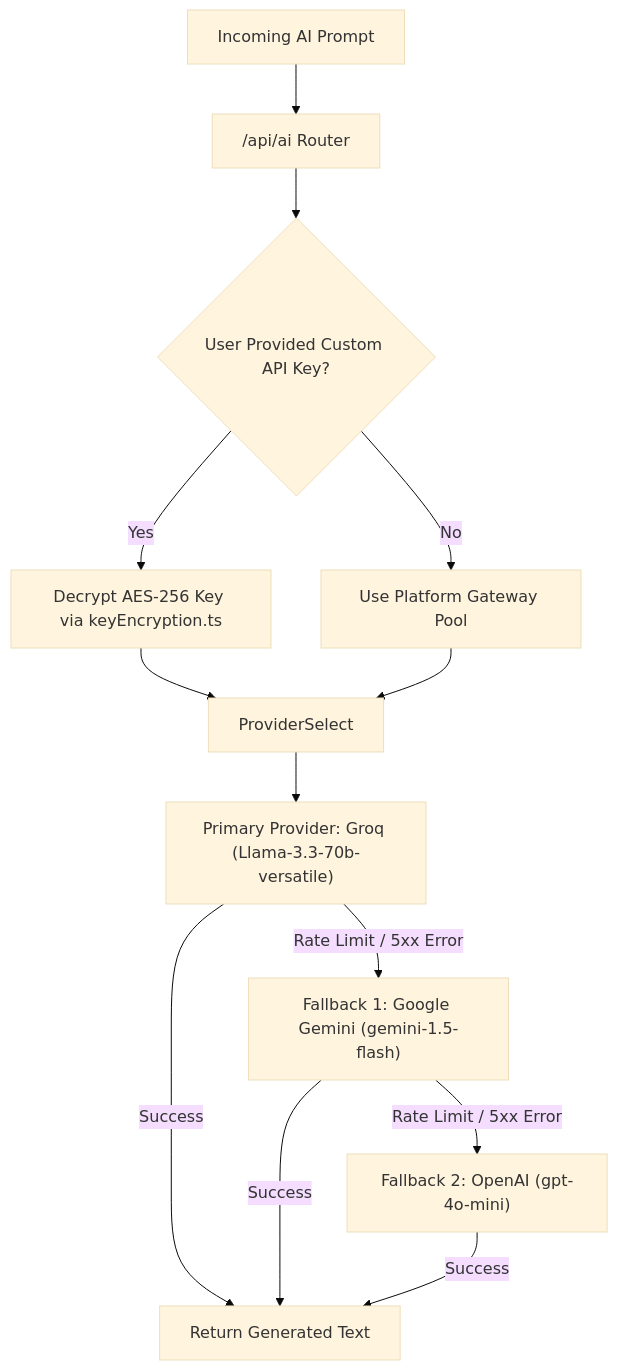
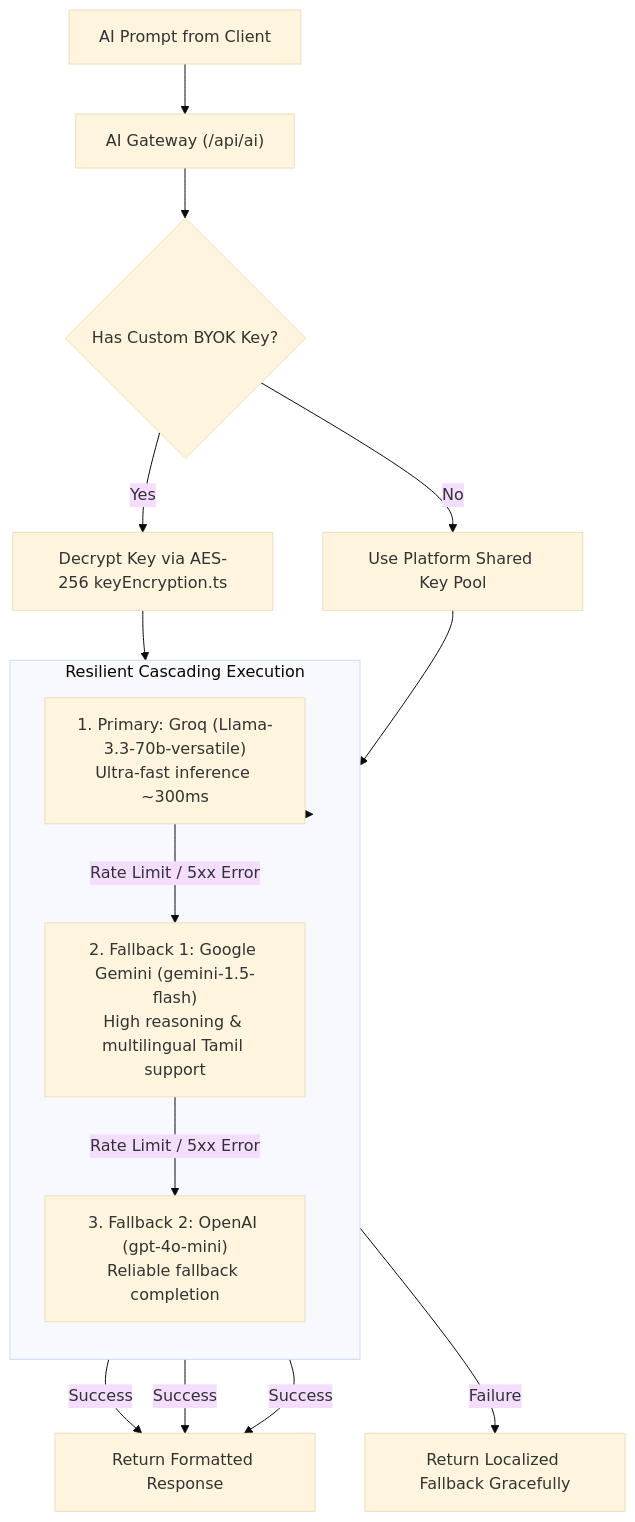
One commit to SRIESWARAN01/thenijobs-web changed diagram 12 of 13 in WORKFLOW.md. Above: the diagram before and after it, drawn with Mermaid (base theme). The commit also changed other lines of this file and 3 other files, not shown here.

Commit message:
docs(workflow): master system architecture, complete mermaid diagrams, and end-to-end validation test suite

````diff
--- a/WORKFLOW.md
+++ b/WORKFLOW.md
@@ -328,13 +437,22 @@
 ```mermaid
 flowchart TD
-    Request[Incoming AI Prompt] --> Router["/api/ai Router"]
-    Router --> CheckBYOK{User Provided Custom API Key?}
-    CheckBYOK -->|Yes| DecryptKey[Decrypt AES-256 Key via keyEncryption.ts] --> ProviderSelect
-    CheckBYOK -->|No| SystemKeys[Use Platform Gateway Pool] --> ProviderSelect
-    ProviderSelect --> Primary["Primary Provider: Groq (Llama-3.3-70b-versatile)"]
-    Primary -->|Success| Response[Return Generated Text]
-    Primary -->|Rate Limit / 5xx Error| Fallback1["Fallback 1: Google Gemini (gemini-1.5-flash)"]
-    Fallback1 -->|Success| Response
-    Fallback1 -->|Rate Limit / 5xx Error| Fallback2["Fallback 2: OpenAI (gpt-4o-mini)"]
-    Fallback2 -->|Success| Response
+    Prompt[AI Prompt from Client] --> Gateway["AI Gateway (/api/ai)"]
+    Gateway --> BYOKCheck{Has Custom BYOK Key?}
+    BYOKCheck -->|Yes| DecryptKey[Decrypt Key via AES-256 keyEncryption.ts] --> Cascade
+    BYOKCheck -->|No| SystemPool[Use Platform Shared Key Pool] --> Cascade
+
+    subgraph Cascade["Resilient Cascading Execution"]
+        direction TB
+        TryGroq["1. Primary: Groq (Llama-3.3-70b-versatile)\nUltra-fast inference ~300ms"]
+        TryGemini["2. Fallback 1: Google Gemini (gemini-1.5-flash)\nHigh reasoning & multilingual Tamil support"]
+        TryOpenAI["3. Fallback 2: OpenAI (gpt-4o-mini)\nReliable fallback completion"]
+    end
+
+    Cascade --> TryGroq
+    TryGroq -->|Success| ReturnResponse[Return Formatted Response]
+    TryGroq -->|Rate Limit / 5xx Error| TryGemini
+    TryGemini -->|Success| ReturnResponse
+    TryGemini -->|Rate Limit / 5xx Error| TryOpenAI
+    TryOpenAI -->|Success| ReturnResponse
+    TryOpenAI -->|Failure| ErrorAlert[Return Localized Fallback Gracefully]
 ```
````
